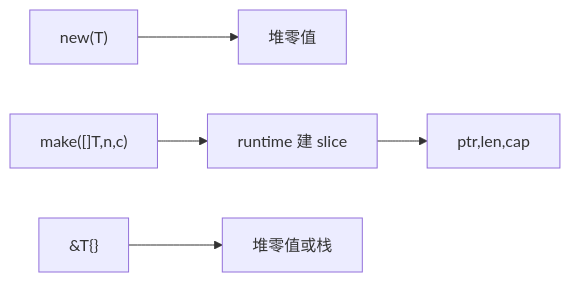
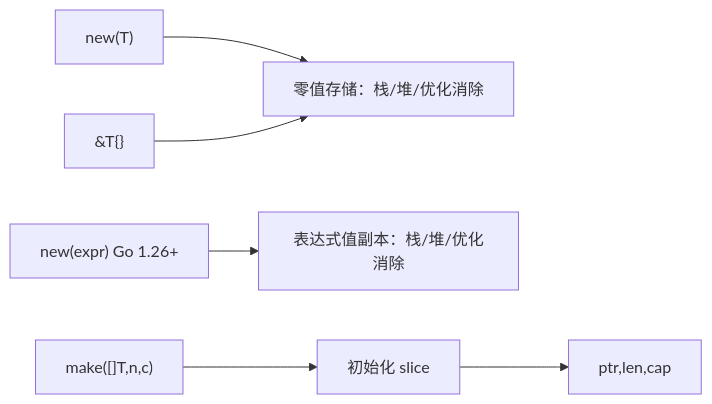
The diagram in docs/interview/02-memory-gc/S-MEM-14-new-make.md (twodog-tt/Golang-development-manual), drawn with Mermaid before and after one commit. The commit also changed other lines of this file and 438 other files, not shown here.

````diff
--- a/docs/interview/02-memory-gc/S-MEM-14-new-make.md
+++ b/docs/interview/02-memory-gc/S-MEM-14-new-make.md
@@ -40,7 +41,8 @@
 ```mermaid
 flowchart LR
-  newT["new(T)"] --> Heap1[堆零值]
-  makeS["make([]T,n,c)"] --> Runtime[runtime 建 slice]
+  newT["new(T)"] --> Storage[零值存储：栈/堆/优化消除]
+  newExpr["new(expr) Go 1.26+"] --> Initialized[表达式值副本：栈/堆/优化消除]
+  makeS["make([]T,n,c)"] --> Runtime[初始化 slice]
   Runtime --> Header[ptr,len,cap]
-  lit["&T{}"] --> Heap2[堆零值或栈]
+  lit["&T{}"] --> Storage
 ```
````
